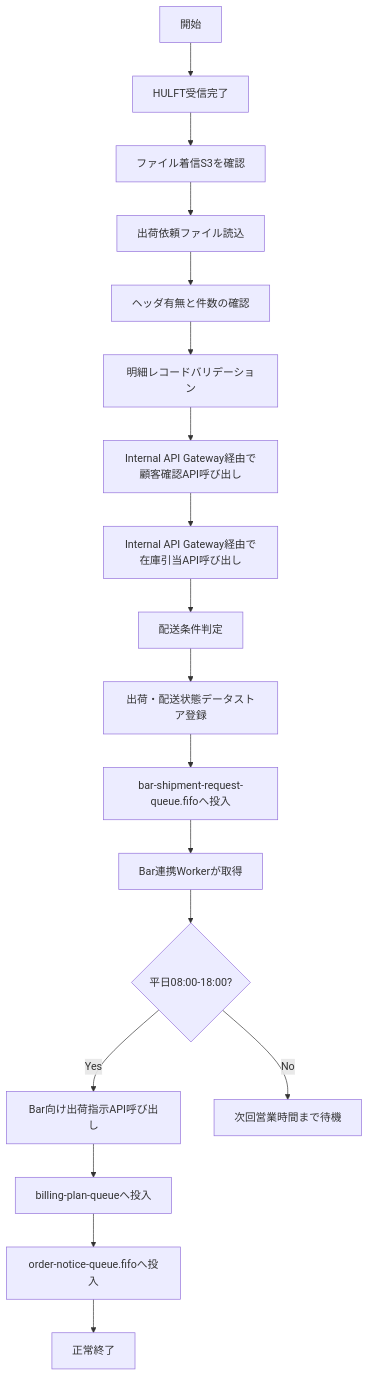
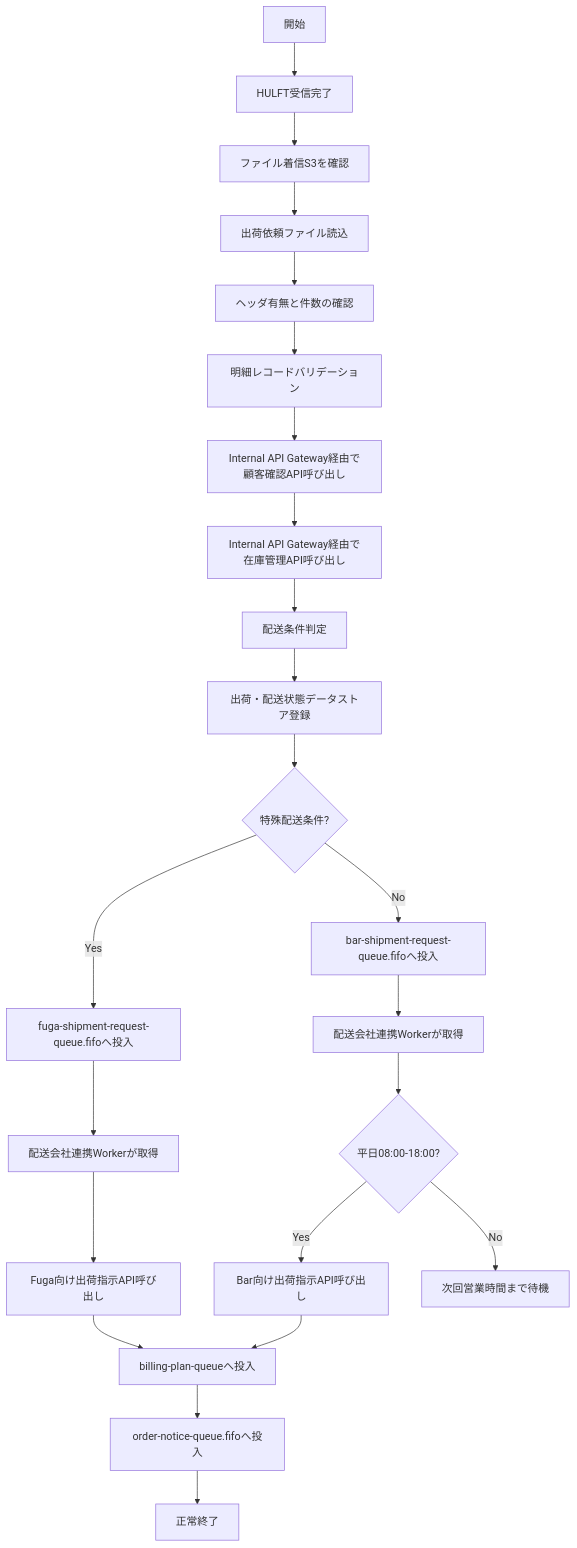
The second of 3 diagrams in docs/共通資料/システム間連携図.md (CalorieMateEater/training-project-logistics-company), drawn with Mermaid before and after one commit. The commit also changed other lines of this file and 235 other files, not shown here.

````diff
--- a/docs/共通資料/システム間連携図.md
+++ b/docs/共通資料/システム間連携図.md
@@ -187,20 +182,25 @@
 ```mermaid
 flowchart TD
     S["開始"] --> F0["HULFT受信完了"]
     F0 --> F1["ファイル着信S3を確認"]
     F1 --> F2["出荷依頼ファイル読込"]
     F2 --> V1["ヘッダ有無と件数の確認"]
     V1 --> V2["明細レコードバリデーション"]
     V2 --> C1["Internal API Gateway経由で顧客確認API呼び出し"]
-    C1 --> D1["Internal API Gateway経由で在庫引当API呼び出し"]
+    C1 --> D1["Internal API Gateway経由で在庫管理API呼び出し"]
     D1 --> R1["配送条件判定"]
     R1 --> DB1["出荷・配送状態データストア登録"]
-    DB1 --> Q1["bar-shipment-request-queue.fifoへ投入"]
-    Q1 --> W1["Bar連携Workerが取得"]
-    W1 --> T1{"平日08:00-18:00?"}
-    T1 -->|Yes| B1["Bar向け出荷指示API呼び出し"]
-    T1 -->|No| Q2["次回営業時間まで待機"]
-    B1 --> B2["billing-plan-queueへ投入"]
-    B2 --> B3["order-notice-queue.fifoへ投入"]
-    B3 --> E["正常終了"]
+    DB1 --> T0{"特殊配送条件?"}
+    T0 -->|Yes| F1Q["fuga-shipment-request-queue.fifoへ投入"]
+    F1Q --> WK1["配送会社連携Workerが取得"]
+    WK1 --> F2A["Fuga向け出荷指示API呼び出し"]
+    T0 -->|No| B1Q["bar-shipment-request-queue.fifoへ投入"]
+    B1Q --> WK2["配送会社連携Workerが取得"]
+    WK2 --> T1{"平日08:00-18:00?"}
+    T1 -->|Yes| B1A["Bar向け出荷指示API呼び出し"]
+    T1 -->|No| B1W["次回営業時間まで待機"]
+    F2A --> N1["billing-plan-queueへ投入"]
+    B1A --> N1
+    N1 --> N2["order-notice-queue.fifoへ投入"]
+    N2 --> E["正常終了"]
 ```
````
